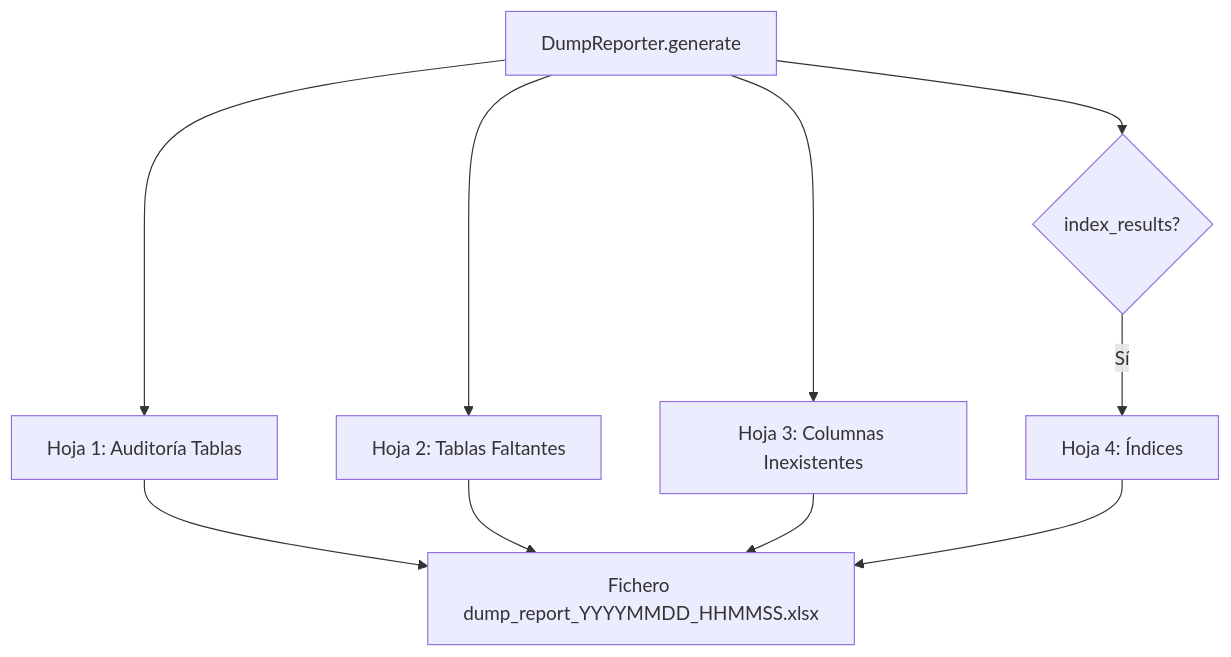
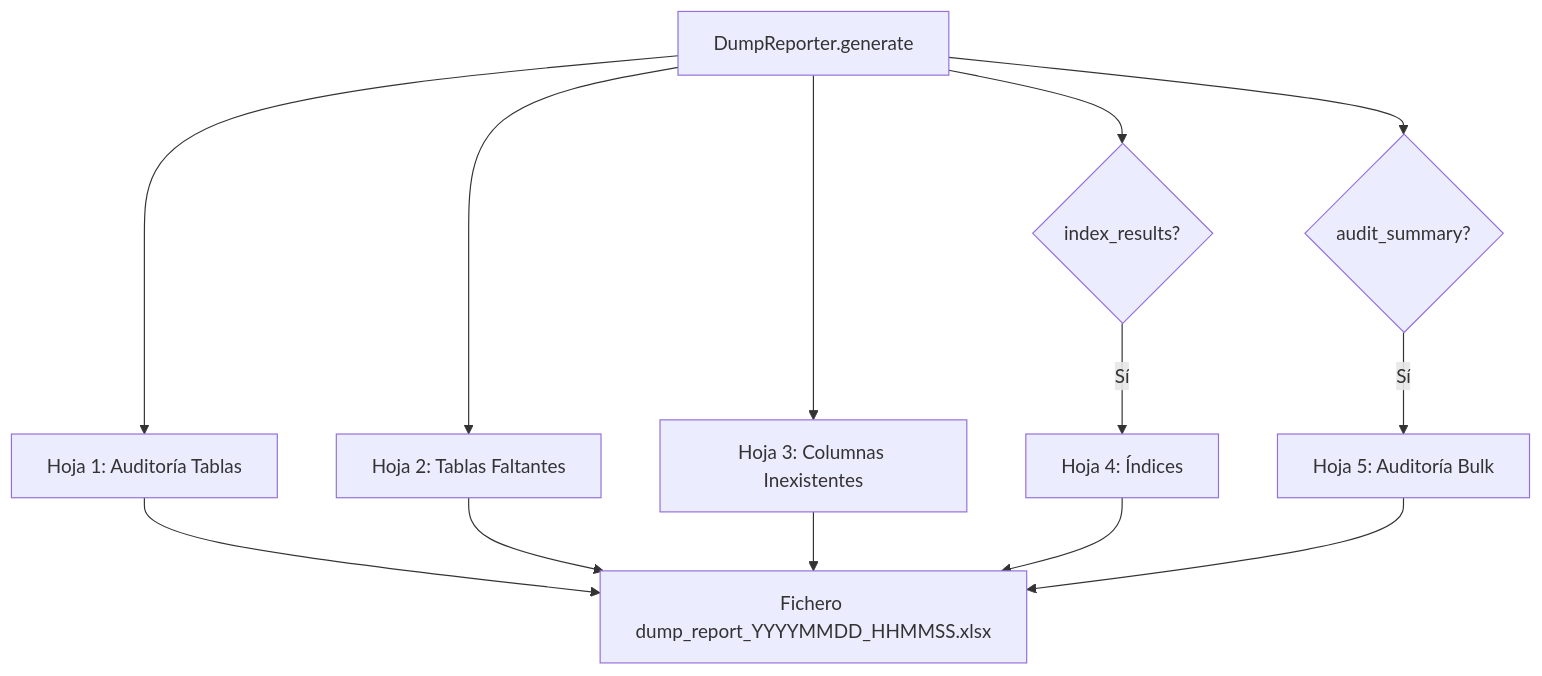
The diagram in docs/api/dump-reporter.md (fmanza/util_bbdd), drawn with Mermaid before and after one commit. The commit also changed other lines of this file and 10 other files, not shown here.

First line of the commit message:
feat(dump): hoja «Auditoría Bulk» en el informe Excel del volcado

````diff
--- a/docs/api/dump-reporter.md
+++ b/docs/api/dump-reporter.md
@@ -7,9 +7,11 @@
 ```mermaid
 flowchart TD
     A[DumpReporter.generate] --> B[Hoja 1: Auditoría Tablas]
     A --> C[Hoja 2: Tablas Faltantes]
     A --> D[Hoja 3: Columnas Inexistentes]
     A --> E{index_results?}
     E -- Sí --> F[Hoja 4: Índices]
-    B & C & D & F --> G[Fichero dump_report_YYYYMMDD_HHMMSS.xlsx]
+    A --> H{audit_summary?}
+    H -- Sí --> I[Hoja 5: Auditoría Bulk]
+    B & C & D & F & I --> G[Fichero dump_report_YYYYMMDD_HHMMSS.xlsx]
 ```
````
